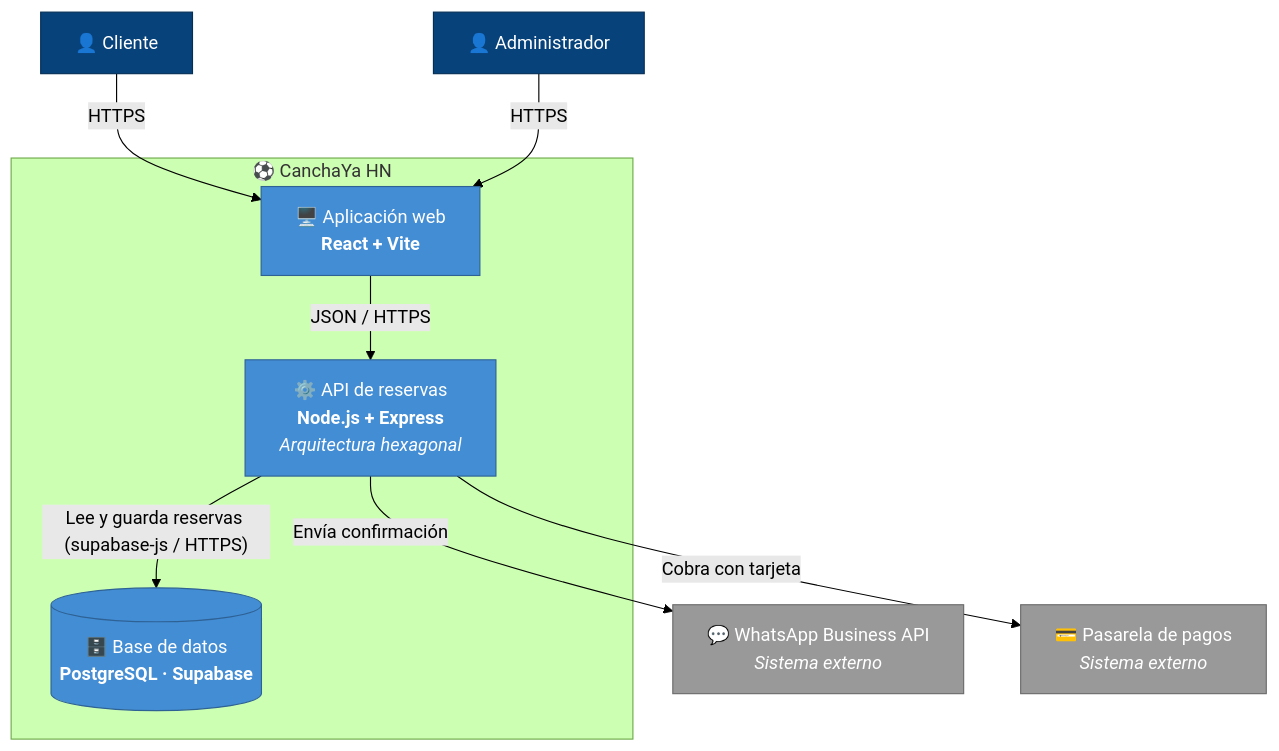
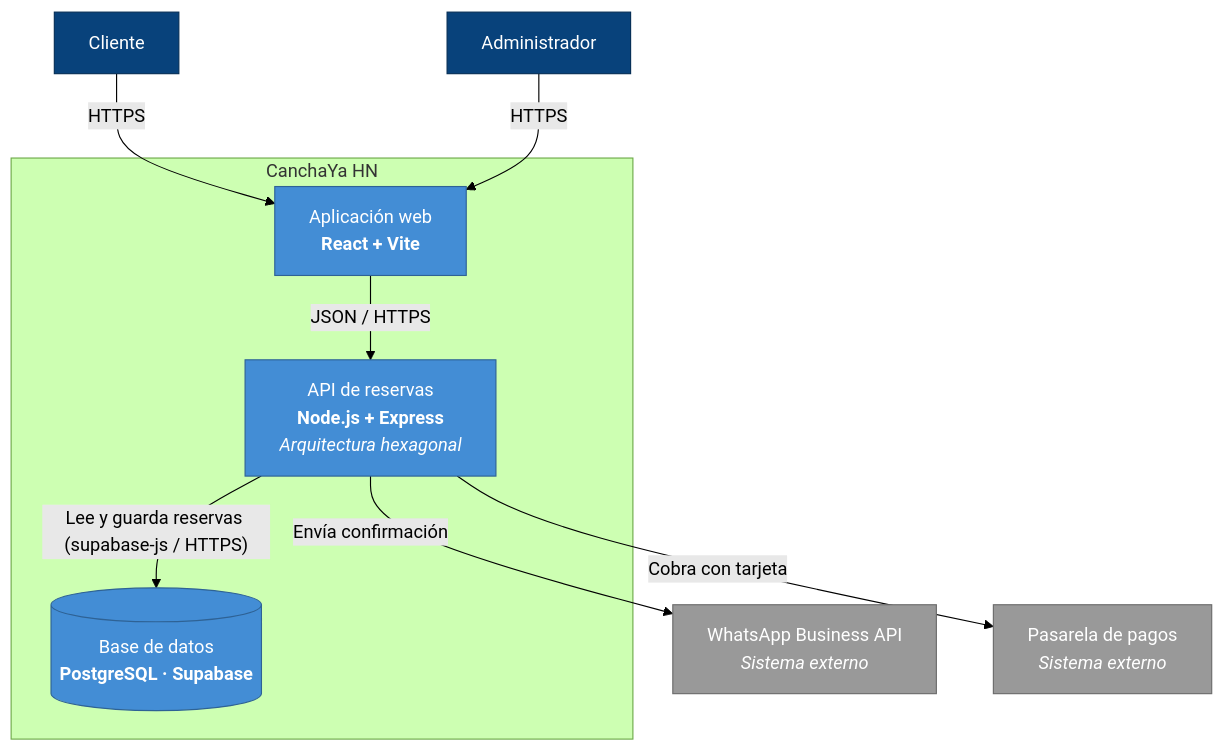
One commit to AbrahamRP97/isw2-practicas changed the second of 2 diagrams in practica-6/arquitectura.md. Above: the diagram before and after it, drawn with Mermaid (forest theme). The commit also changed other lines of this file, not shown here.

````diff
--- a/practica-6/arquitectura.md
+++ b/practica-6/arquitectura.md
@@ -46,28 +46,28 @@
 ```mermaid
 flowchart TB
-    cliente["👤 Cliente"]
-    admin["👤 Administrador"]
+    cliente["Cliente"]
+    admin["Administrador"]
 
-    subgraph canchaya ["⚽ CanchaYa HN"]
-        web["🖥️ Aplicación web<br/><b>React + Vite</b>"]
-        api["⚙️ API de reservas<br/><b>Node.js + Express</b><br/><i>Arquitectura hexagonal</i>"]
-        db[("🗄️ Base de datos<br/><b>PostgreSQL · Supabase</b>")]
+    subgraph canchaya ["CanchaYa HN"]
+        web["Aplicación web<br/><b>React + Vite</b>"]
+        api["API de reservas<br/><b>Node.js + Express</b><br/><i>Arquitectura hexagonal</i>"]
+        db[("Base de datos<br/><b>PostgreSQL · Supabase</b>")]
     end
 
-    whatsapp["💬 WhatsApp Business API<br/><i>Sistema externo</i>"]
-    pagos["💳 Pasarela de pagos<br/><i>Sistema externo</i>"]
+    whatsapp["WhatsApp Business API<br/><i>Sistema externo</i>"]
+    pagos["Pasarela de pagos<br/><i>Sistema externo</i>"]
 
     cliente -- "HTTPS" --> web
     admin -- "HTTPS" --> web
     web -- "JSON / HTTPS" --> api
     api -- "Lee y guarda reservas (supabase-js / HTTPS)" --> db
     api -- "Envía confirmación" --> whatsapp
     api -- "Cobra con tarjeta" --> pagos
 
     classDef persona fill:#08427b,stroke:#052e56,color:#fff
     classDef contenedor fill:#438dd5,stroke:#2e6295,color:#fff
     classDef externo fill:#999999,stroke:#6b6b6b,color:#fff
     class cliente,admin persona
     class web,api,db contenedor
     class whatsapp,pagos externo
 ```
````
